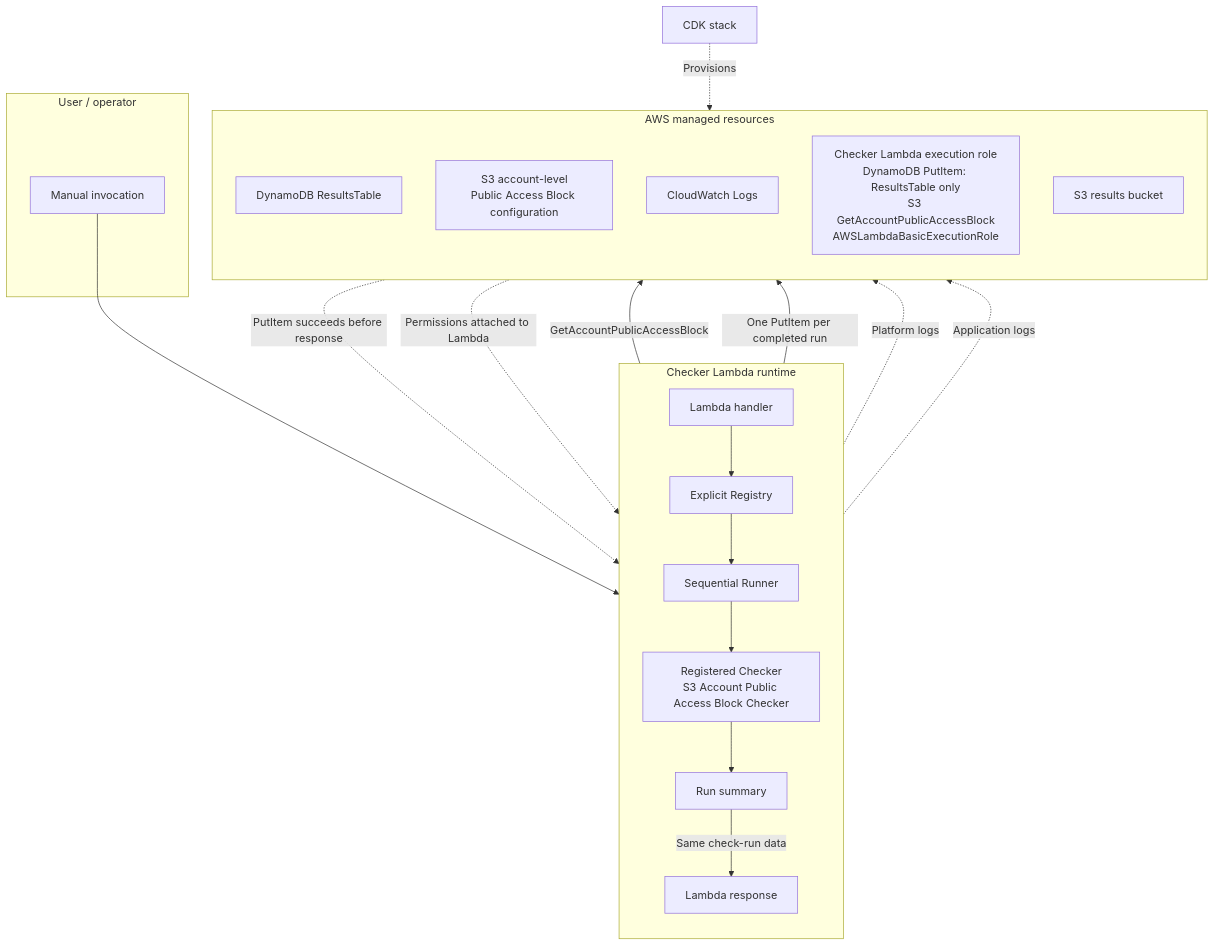
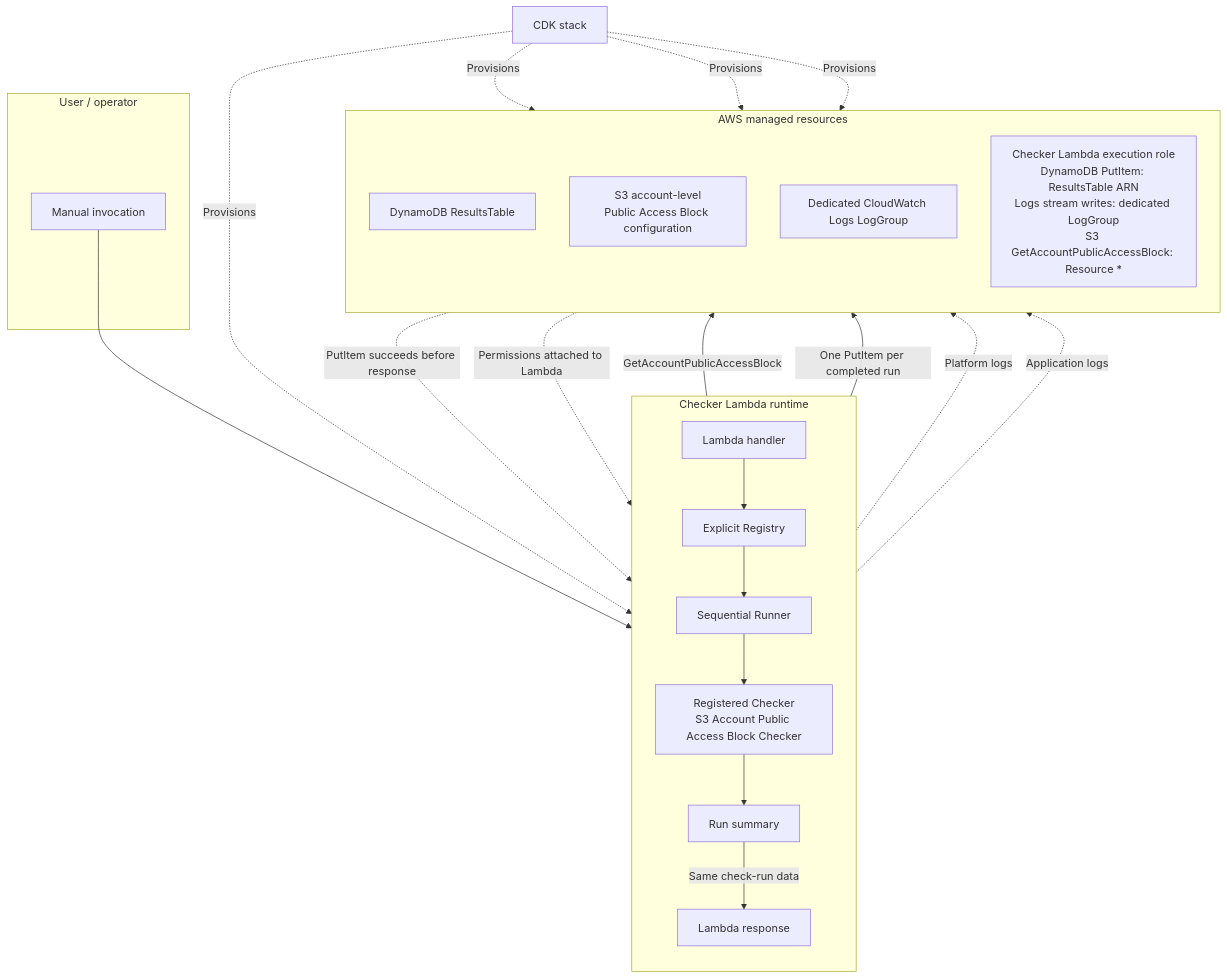
One commit to RyoU0502/aws-security-operations-checker changed the diagram in README.md. Above: the diagram before and after it, drawn with Mermaid. The commit also changed other lines of this file and 13 other files, not shown here.

````diff
--- a/README.md
+++ b/README.md
@@ -46,37 +46,39 @@
 ```mermaid
 flowchart TD
     subgraph operator["User / operator"]
         manual["Manual invocation"]
     end
 
     subgraph runtime["Checker Lambda runtime"]
         direction TB
         handler["Lambda handler"]
         registry["Explicit Registry"]
         runner["Sequential Runner"]
         s3_checker["Registered Checker<br/>S3 Account Public Access Block Checker"]
         summary["Run summary"]
         response["Lambda response"]
     end
 
     subgraph aws["AWS managed resources"]
         direction TB
         results_table["DynamoDB ResultsTable"]
         s3_configuration["S3 account-level<br/>Public Access Block configuration"]
-        logs["CloudWatch Logs"]
-        execution_role["Checker Lambda execution role<br/>DynamoDB PutItem: ResultsTable only<br/>S3 GetAccountPublicAccessBlock<br/>AWSLambdaBasicExecutionRole"]
-        results_bucket["S3 results bucket"]
+        logs["Dedicated CloudWatch Logs LogGroup"]
+        execution_role["Checker Lambda execution role<br/>DynamoDB PutItem: ResultsTable ARN<br/>Logs stream writes: dedicated LogGroup<br/>S3 GetAccountPublicAccessBlock: Resource *"]
     end
 
     cdk_stack["CDK stack"]
 
     manual --> handler --> registry --> runner --> s3_checker --> summary
     s3_checker -->|"GetAccountPublicAccessBlock"| s3_configuration
     summary -->|"One PutItem per completed run"| results_table
     summary -->|"Same check-run data"| response
     results_table -. "PutItem succeeds before response" .-> response
     handler -. "Platform logs" .-> logs
     runner -. "Application logs" .-> logs
     execution_role -. "Permissions attached to Lambda" .-> handler
-    cdk_stack -. "Provisions" .-> results_bucket
+    cdk_stack -. "Provisions" .-> handler
+    cdk_stack -. "Provisions" .-> results_table
+    cdk_stack -. "Provisions" .-> logs
+    cdk_stack -. "Provisions" .-> execution_role
 ```
````
